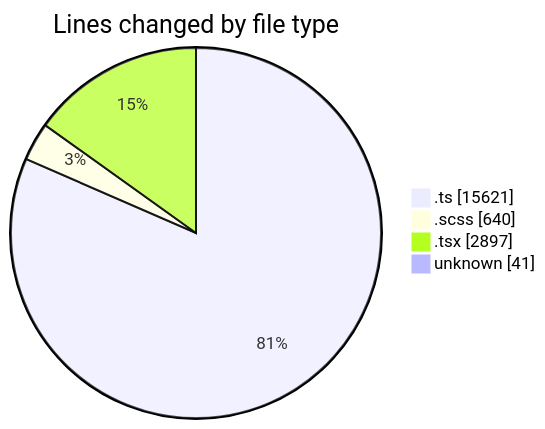
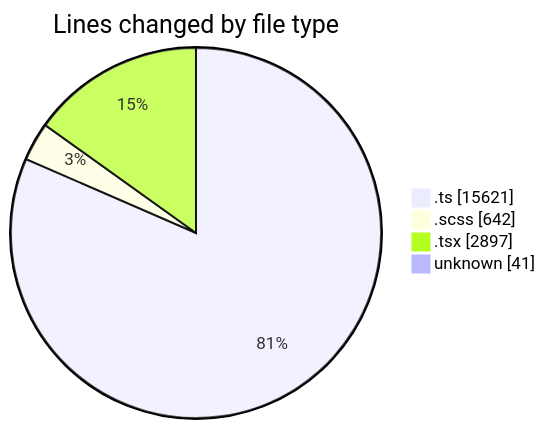
The first of 2 diagrams in 2025-08-27/cda/README.md (momahboobian/code-tracking), drawn with Mermaid before and after one commit. The commit also changed other lines of this file and 1 other file, not shown here.

````diff
--- a/2025-08-27/cda/README.md
+++ b/2025-08-27/cda/README.md
@@ -38,8 +38,8 @@
 ```mermaid
 pie showData
 title Lines changed by file type
 ".ts" : 15621
-".scss" : 640
+".scss" : 642
 ".tsx" : 2897
 "unknown" : 41
 ```
````
